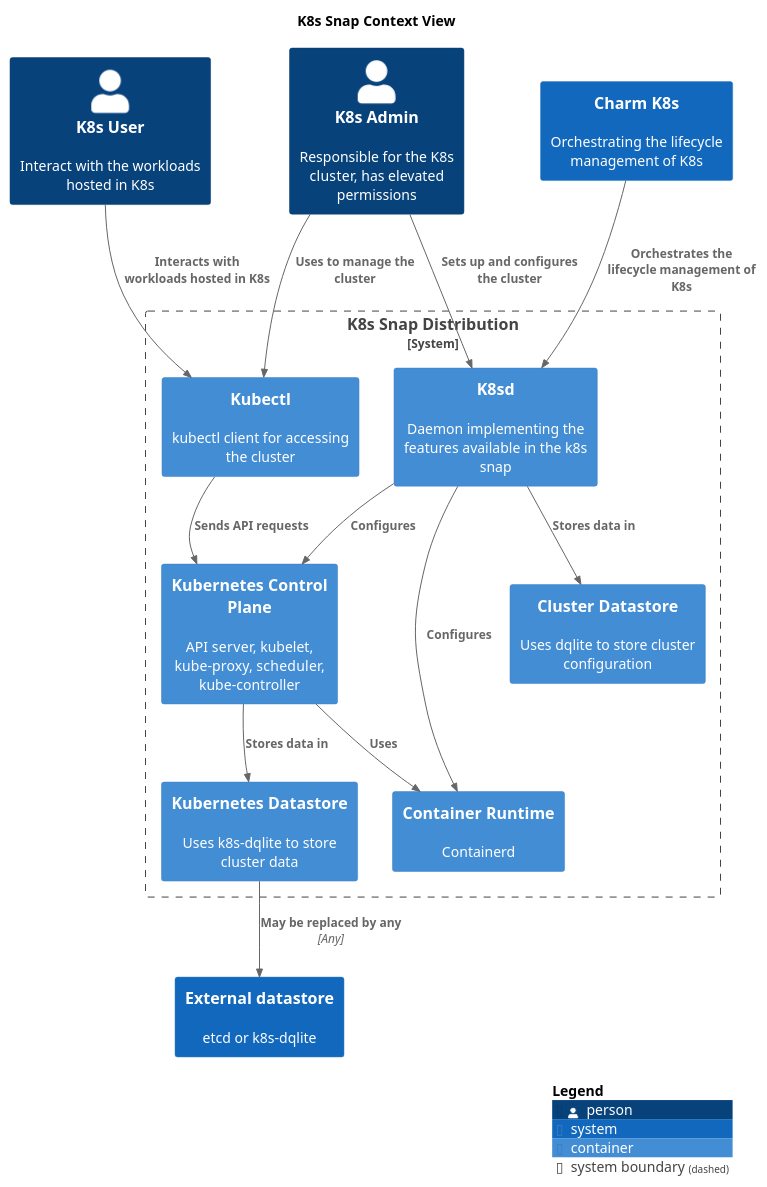
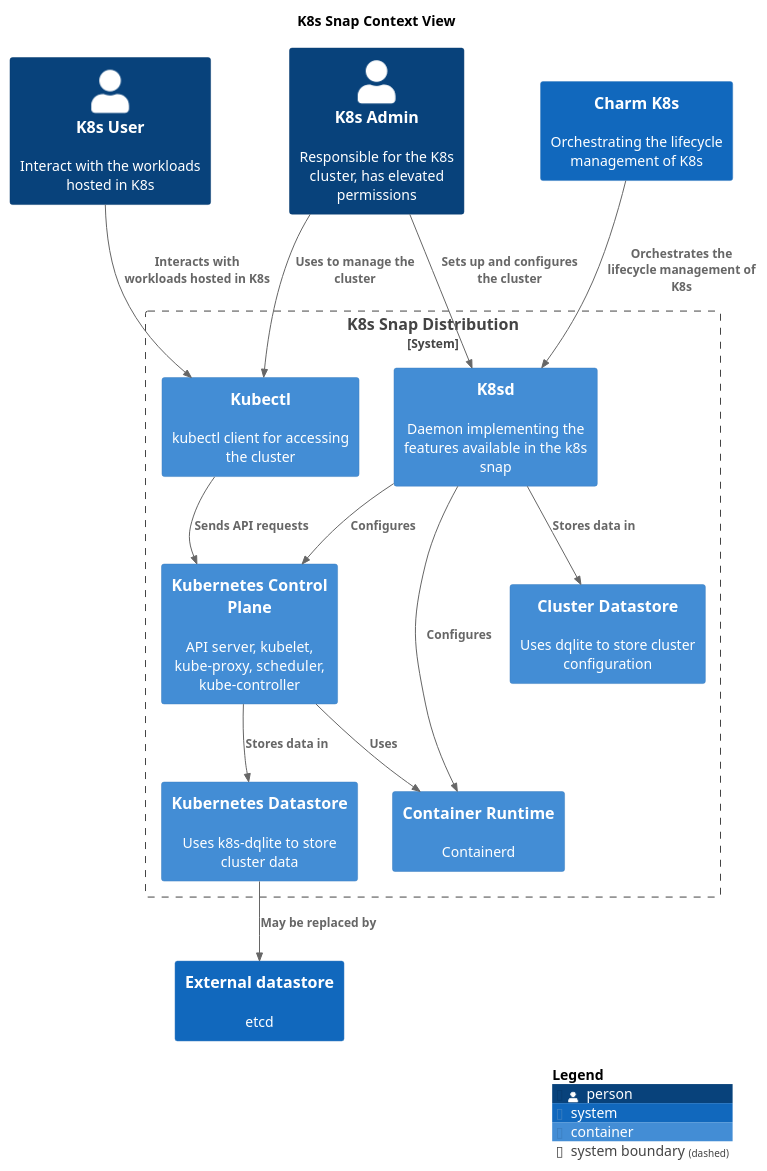
One commit to canonical/k8s-snap changed the diagram in docs/canonicalk8s/assets/k8s-container.puml. Above: the diagram before and after it, drawn with PlantUML.

```diff
--- a/docs/canonicalk8s/assets/k8s-container.puml
+++ b/docs/canonicalk8s/assets/k8s-container.puml
@@ -1,38 +1,38 @@
 @startuml
 set separator none
 title K8s Snap Context View
 
 top to bottom direction
 
 !include <C4/C4>
 !include <C4/C4_Context>
 !include <C4/C4_Container>
 
 Person(K8sAdmin, "K8s Admin", $descr="Responsible for the K8s cluster, has elevated permissions", $tags="", $link="")
 Person(K8sUser, "K8s User", $descr="Interact with the workloads hosted in K8s", $tags="", $link="")
 System(CharmK8s, "Charm K8s", $descr="Orchestrating the lifecycle management of K8s", $tags="", $link="")
-System(Externaldatastore, "External datastore", $descr="etcd or k8s-dqlite", $tags="", $link="")
+System(Externaldatastore, "External datastore", $descr="etcd", $tags="", $link="")
 
 System_Boundary("K8sSnapDistribution_boundary", "K8s Snap Distribution", $tags="") {
   Container(K8sSnapDistribution.KubernetesControlPlane, "Kubernetes Control Plane", $techn="", $descr="API server, kubelet, kube-proxy, scheduler, kube-controller", $tags="", $link="")
   Container(K8sSnapDistribution.ContainerRuntime, "Container Runtime", $techn="", $descr="Containerd", $tags="", $link="")
   Container(K8sSnapDistribution.K8sd, "K8sd", $techn="", $descr="Daemon implementing the features available in the k8s snap", $tags="", $link="")
   Container(K8sSnapDistribution.K8sddatastore, "Cluster Datastore", $techn="", $descr="Uses dqlite to store cluster configuration", $tags="", $link="")
   Container(K8sSnapDistribution.Kubectl, "Kubectl", $techn="", $descr="kubectl client for accessing the cluster", $tags="", $link="")
   Container(K8sSnapDistribution.Kubernetesdatastore, "Kubernetes Datastore", $techn="", $descr="Uses k8s-dqlite to store cluster data", $tags="", $link="")
 }
 
 Rel(K8sAdmin, K8sSnapDistribution.K8sd, "Sets up and configures the cluster", $techn="", $tags="", $link="")
 Rel(K8sAdmin, K8sSnapDistribution.Kubectl, "Uses to manage the cluster", $techn="", $tags="", $link="")
 Rel(K8sUser, K8sSnapDistribution.Kubectl, "Interacts with workloads hosted in K8s", $techn="", $tags="", $link="")
 Rel(CharmK8s, K8sSnapDistribution.K8sd, "Orchestrates the lifecycle management of K8s", $techn="", $tags="", $link="")
 Rel(K8sSnapDistribution.K8sd, K8sSnapDistribution.K8sddatastore, "Stores data in", $techn="", $tags="", $link="")
 Rel(K8sSnapDistribution.KubernetesControlPlane, K8sSnapDistribution.Kubernetesdatastore, "Stores data in", $techn="", $tags="", $link="")
-Rel(K8sSnapDistribution.Kubernetesdatastore, Externaldatastore, "May be replaced by any", $techn="Any", $tags="", $link="")
+Rel(K8sSnapDistribution.Kubernetesdatastore, Externaldatastore, "May be replaced by", $techn="", $tags="", $link="")
 Rel(K8sSnapDistribution.K8sd, K8sSnapDistribution.KubernetesControlPlane, "Configures", $techn="", $tags="", $link="")
 Rel(K8sSnapDistribution.KubernetesControlPlane, K8sSnapDistribution.ContainerRuntime, "Uses", $techn="", $tags="", $link="")
 Rel(K8sSnapDistribution.Kubectl, K8sSnapDistribution.KubernetesControlPlane, "Sends API requests", $techn="", $tags="", $link="")
 Rel(K8sSnapDistribution.K8sd, K8sSnapDistribution.ContainerRuntime, "Configures", $techn="", $tags="", $link="")
 
 SHOW_LEGEND(true)
 @enduml
```
